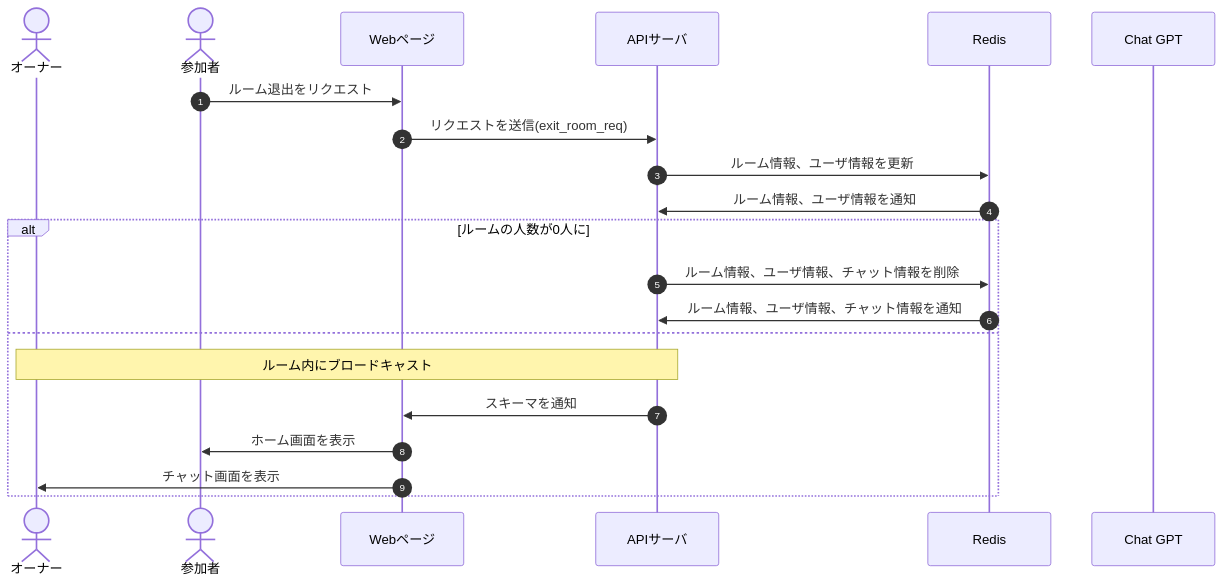
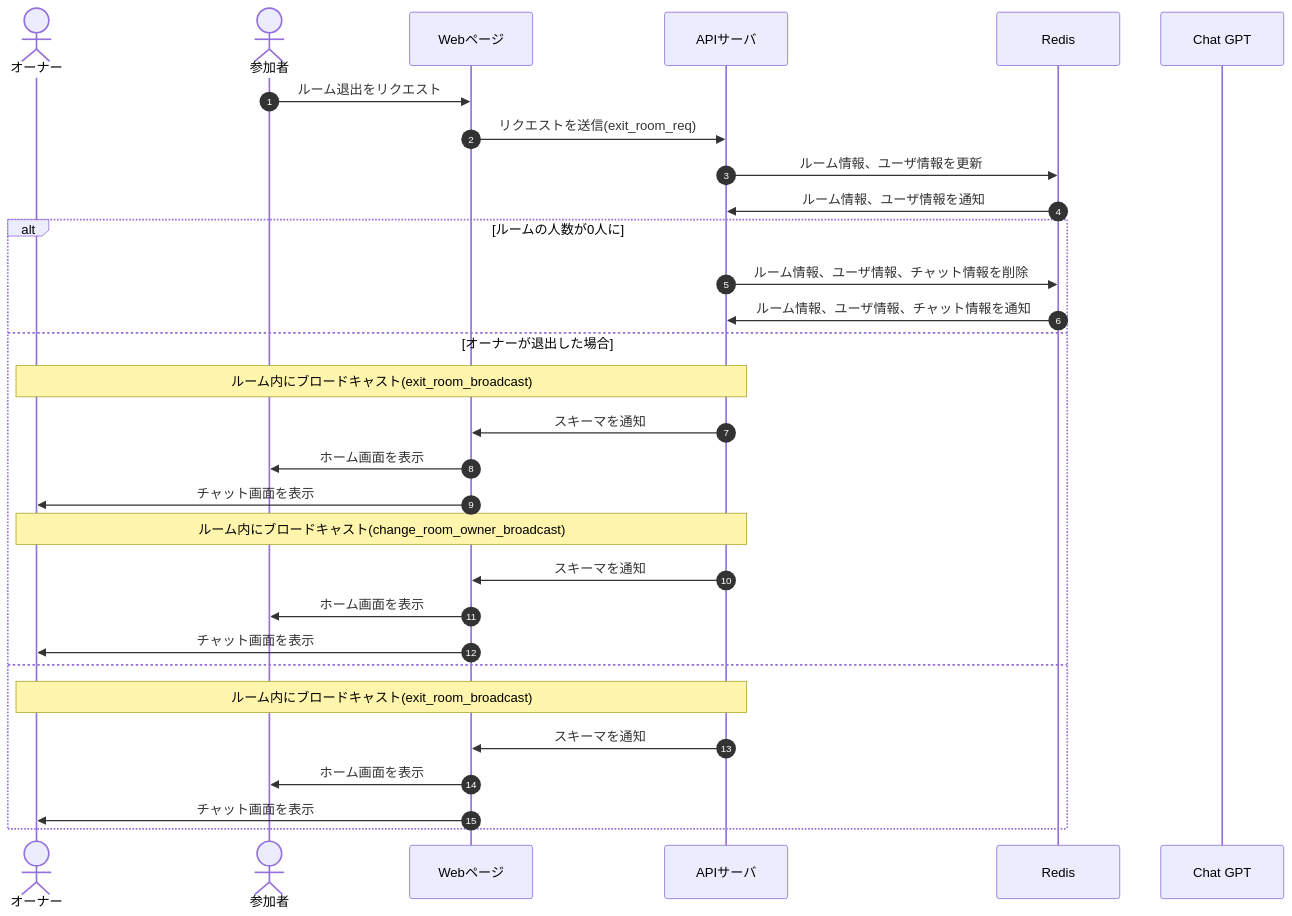
One commit to Tanakaryuki/chat_wolf changed the diagram in docs/DesignDog/03_ルーム退出.md. Above: the diagram before and after it, drawn with Mermaid. The commit also changed other lines of this file and 29 other files, not shown here.

````diff
--- a/docs/DesignDog/03_ルーム退出.md
+++ b/docs/DesignDog/03_ルーム退出.md
@@ -11,24 +13,33 @@
 ```mermaid
 sequenceDiagram
     autonumber
     actor owner as オーナー
     actor participants as 参加者
     participant front as Webページ
     participant api as APIサーバ
     participant db as Redis
     participant ai as Chat GPT
 
     participants->>front: ルーム退出をリクエスト
     front->>api: リクエストを送信(exit_room_req)
     api->>db: ルーム情報、ユーザ情報を更新
     db->>api: ルーム情報、ユーザ情報を通知
     alt ルームの人数が0人に
         api->>db: ルーム情報、ユーザ情報、チャット情報を削除
         db->>api: ルーム情報、ユーザ情報、チャット情報を通知
+    else オーナーが退出した場合
+        Note over owner,api: ルーム内にブロードキャスト(exit_room_broadcast)
+        api->>front: スキーマを通知
+        front->>participants: ホーム画面を表示
+        front->>owner: チャット画面を表示
+        Note over owner,api: ルーム内にブロードキャスト(change_room_owner_broadcast)
+        api->>front: スキーマを通知
+        front->>participants: ホーム画面を表示
+        front->>owner: チャット画面を表示
     else
-        Note over owner,api: ルーム内にブロードキャスト
+        Note over owner,api: ルーム内にブロードキャスト(exit_room_broadcast)
         api->>front: スキーマを通知
         front->>participants: ホーム画面を表示
         front->>owner: チャット画面を表示
     end
 ```
````
